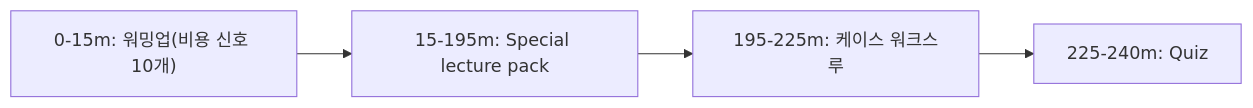
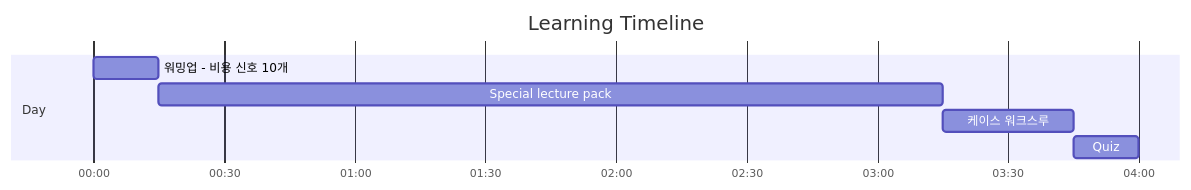
One commit to niceguy61/aws-saa-lecture-2026 changed the first of 2 diagrams in aws-saa/week04/day05/README.md. Above: the diagram before and after it, drawn with Mermaid. The commit also changed 21 other files, not shown here.

Commit message:
docs(aws-saa): use mermaid gantt for learning timelines

````diff
--- a/aws-saa/week04/day05/README.md
+++ b/aws-saa/week04/day05/README.md
@@ -24,6 +24,11 @@
 ```mermaid
-flowchart LR
-  A["0-15m: 워밍업(비용 신호 10개)"] --> B["15-195m: Special lecture pack"]
-  B --> C["195-225m: 케이스 워크스루"]
-  C --> D["225-240m: Quiz"]
+gantt
+  title Learning Timeline
+  dateFormat  HH:mm
+  axisFormat  %H:%M
+  section Day
+  워밍업 - 비용 신호 10개 :t1, 00:00, 15m
+  Special lecture pack :t2, after t1, 180m
+  케이스 워크스루 :t3, after t2, 30m
+  Quiz :t4, after t3, 15m
 ```
````
